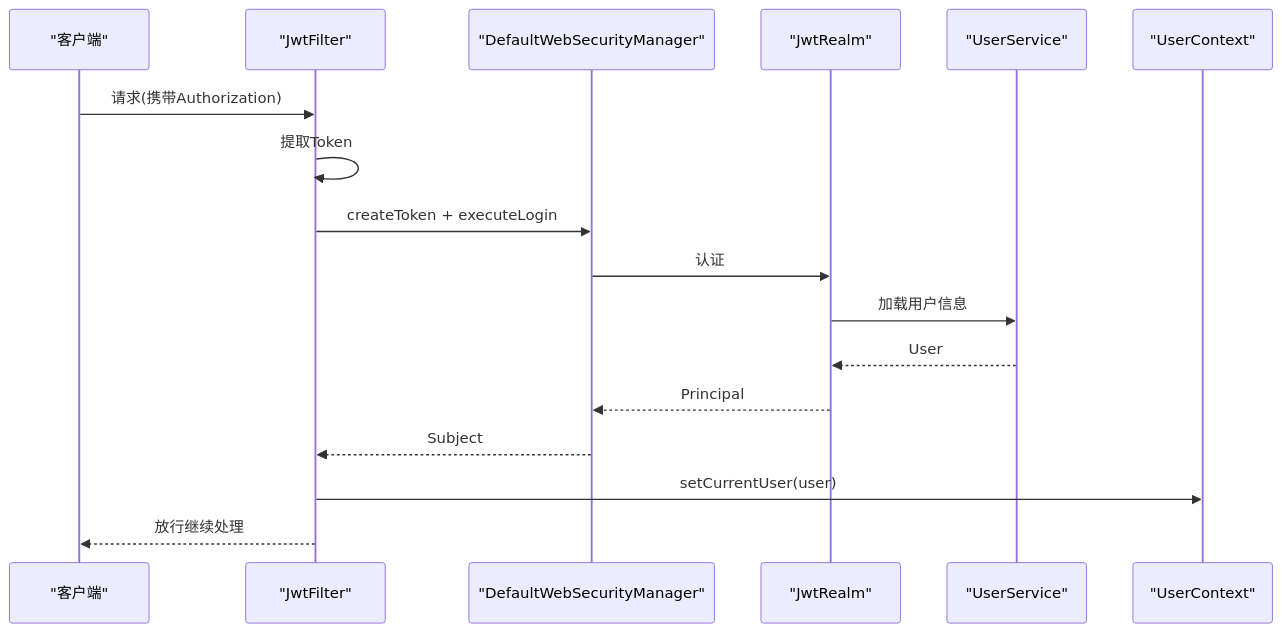
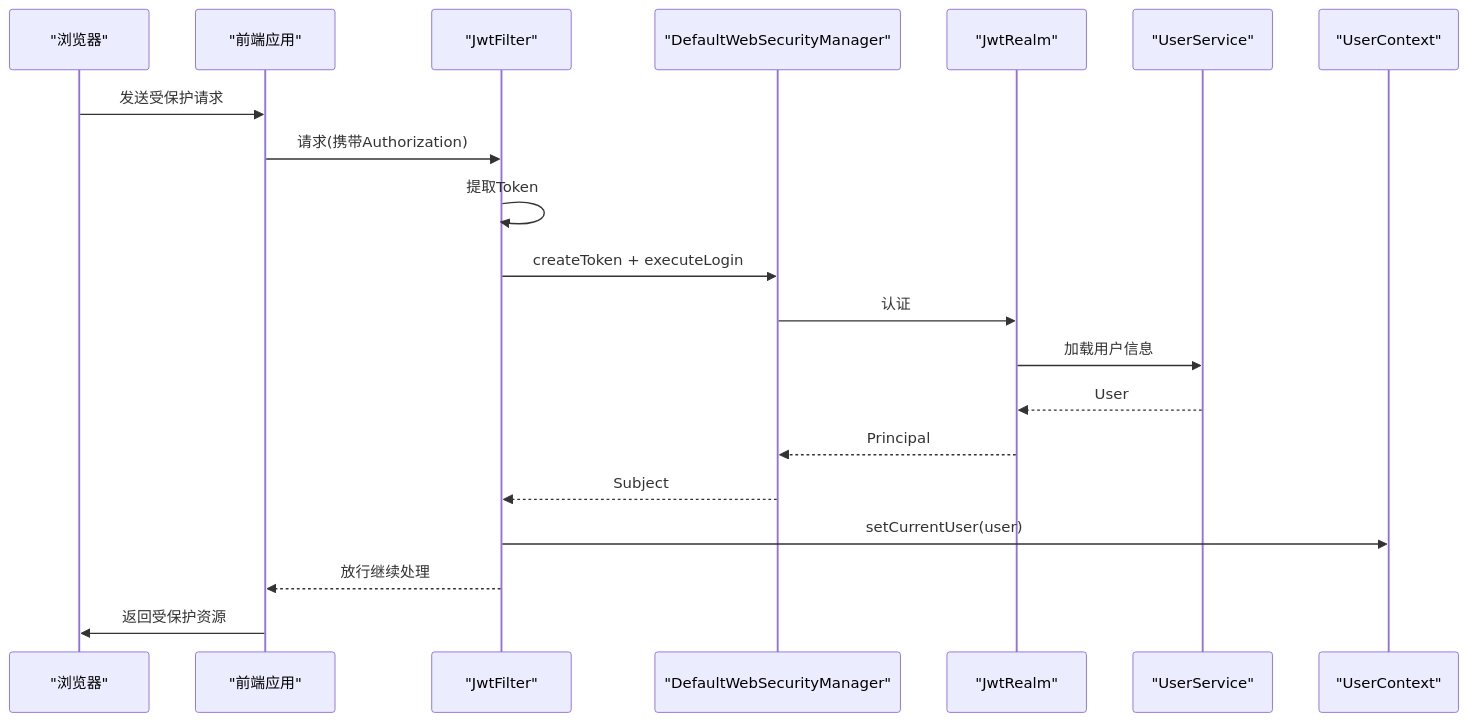
The seventh of 8 diagrams in .qoder/repowiki/zh/content/系统架构/整体架构设计.md (20164206160/zhishilu), drawn with Mermaid before and after one commit. The commit also changed other lines of this file and 28 other files, not shown here.

````diff
--- a/.qoder/repowiki/zh/content/系统架构/整体架构设计.md
+++ b/.qoder/repowiki/zh/content/系统架构/整体架构设计.md
@@ -282,19 +375,22 @@
 ```mermaid
 sequenceDiagram
-participant C as "客户端"
+participant Browser as "浏览器"
+participant Frontend as "前端应用"
 participant F as "JwtFilter"
 participant SM as "DefaultWebSecurityManager"
 participant R as "JwtRealm"
 participant U as "UserService"
 participant UC as "UserContext"
-C->>F : 请求(携带Authorization)
+Browser->>Frontend : 发送受保护请求
+Frontend->>F : 请求(携带Authorization)
 F->>F : 提取Token
 F->>SM : createToken + executeLogin
 SM->>R : 认证
 R->>U : 加载用户信息
 U-->>R : User
 R-->>SM : Principal
 SM-->>F : Subject
 F->>UC : setCurrentUser(user)
-F-->>C : 放行继续处理
+F-->>Frontend : 放行继续处理
+Frontend->>Browser : 返回受保护资源
 ```
````
